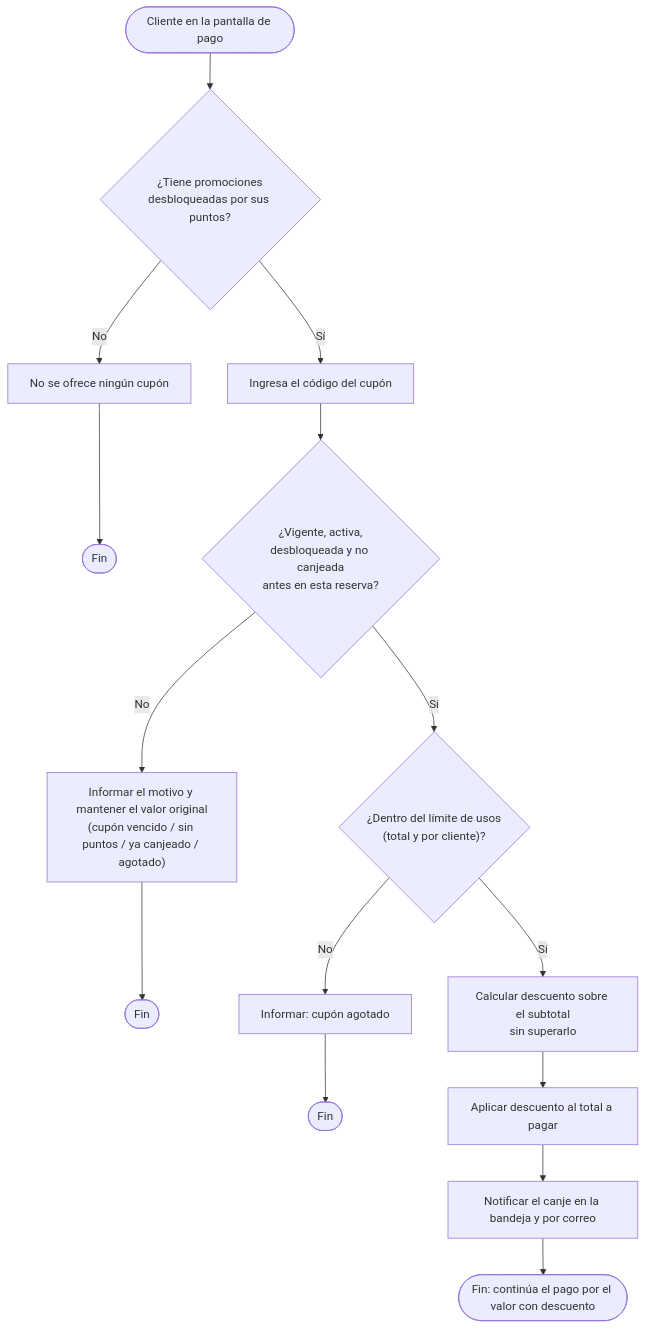
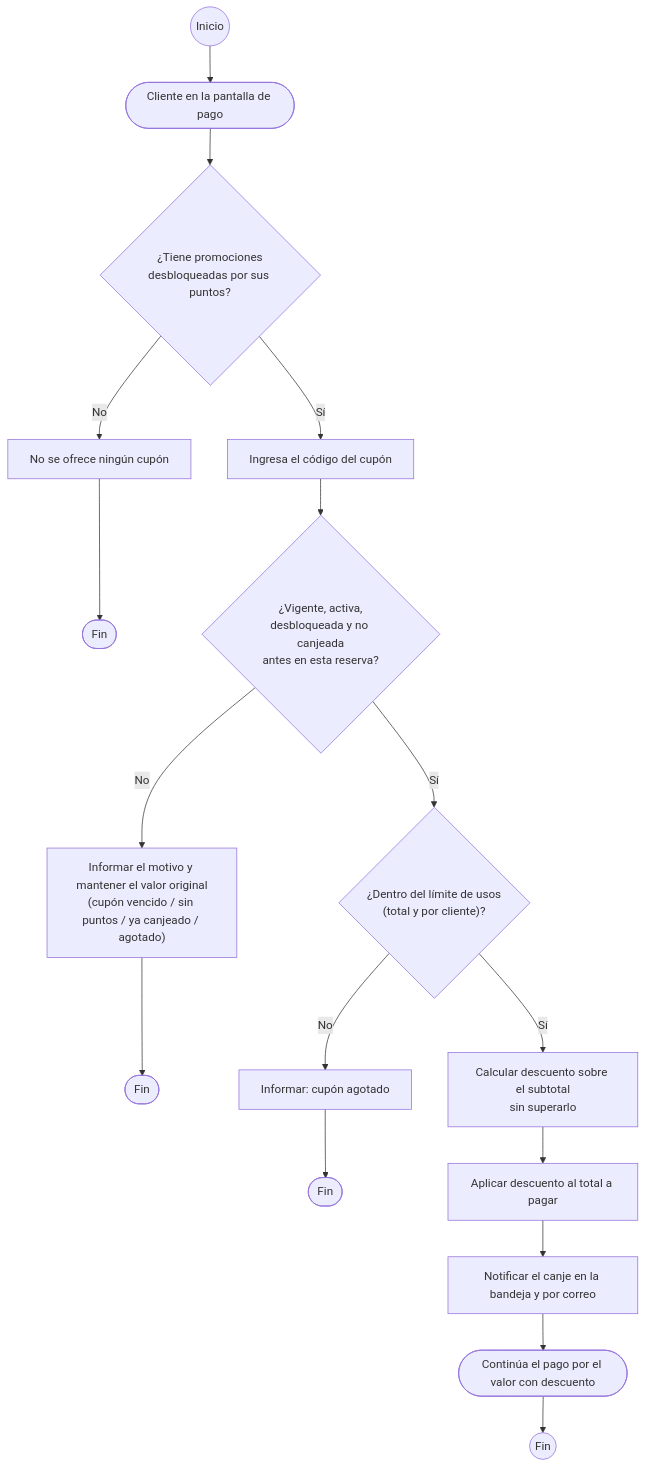
Diagram 19 of 26 in 02_DOCUMENTACION_DE_ANALISIS_DEL_SOFTWARE/ES/MD/documentacion-de-analisis-del-software.md (BrayanCABRERA123/lavarapido-docs), drawn with Mermaid before and after one commit. The commit also changed other lines of this file and 5 other files, not shown here.

Commit message:
docs(analysis): clean the activity, sequence and state diagrams after a second visual review

````diff
--- a/02_DOCUMENTACION_DE_ANALISIS_DEL_SOFTWARE/ES/MD/documentacion-de-analisis-del-software.md
+++ b/02_DOCUMENTACION_DE_ANALISIS_DEL_SOFTWARE/ES/MD/documentacion-de-analisis-del-software.md
@@ -780,17 +781,19 @@
 ```mermaid
 flowchart TD
+    start0((Inicio)) --> start
     start([Cliente en la pantalla de pago]) --> has{¿Tiene promociones<br/>desbloqueadas por sus puntos?}
     has -->|No| noshow[No se ofrece ningún cupón]
     noshow --> stop1([Fin])
     has -->|Sí| enter[Ingresa el código del cupón]
     enter --> valid{¿Vigente, activa,<br/>desbloqueada y no canjeada<br/>antes en esta reserva?}
     valid -->|No| inform["Informar el motivo y mantener el valor original<br/>(cupón vencido / sin puntos / ya canjeado / agotado)"]
     inform --> stop2([Fin])
     valid -->|Sí| limit{"¿Dentro del límite de usos<br/>(total y por cliente)?"}
     limit -->|No| exhausted[Informar: cupón agotado]
     exhausted --> stop3([Fin])
     limit -->|Sí| calc[Calcular descuento sobre el subtotal<br/>sin superarlo]
     calc --> apply[Aplicar descuento al total a pagar]
     apply --> notify[Notificar el canje en la bandeja y por correo]
-    notify --> stop4([Fin: continúa el pago por el valor con descuento])
+    notify --> stop4([Continúa el pago por el valor con descuento])
+    stop4 --> stop4x((Fin))
 ```
````
